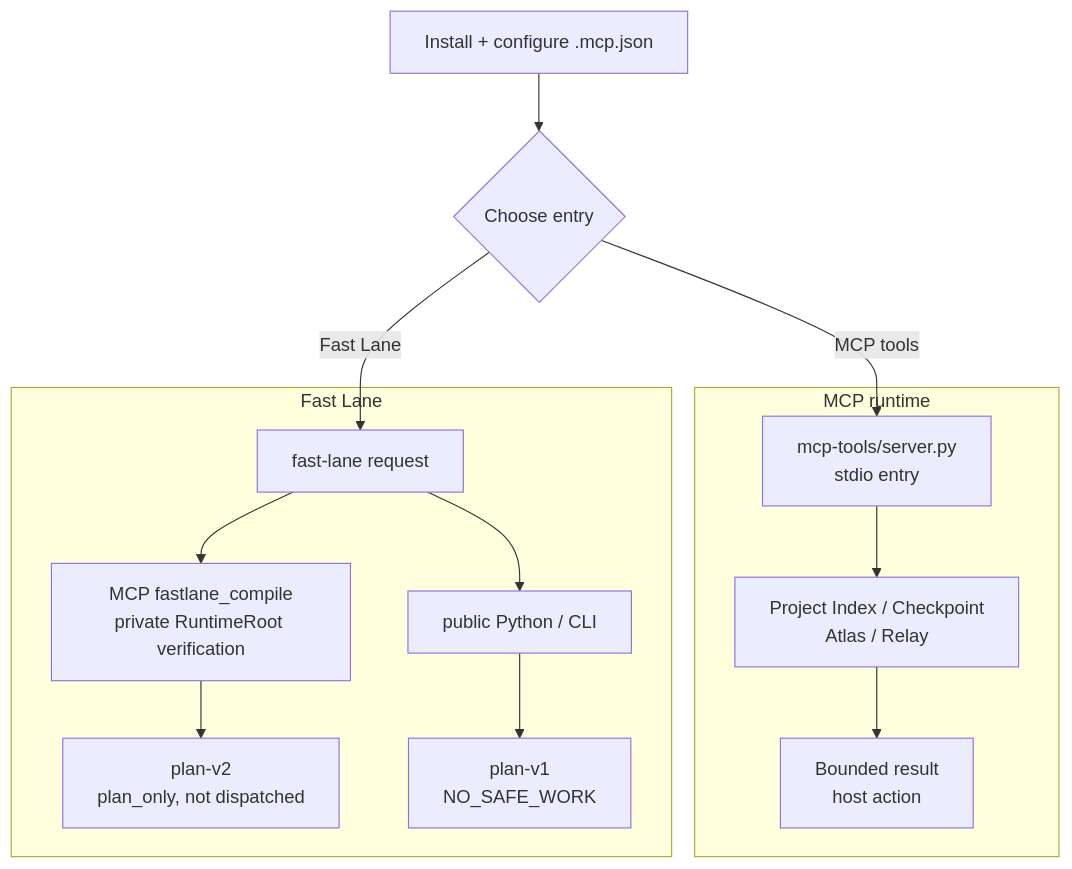
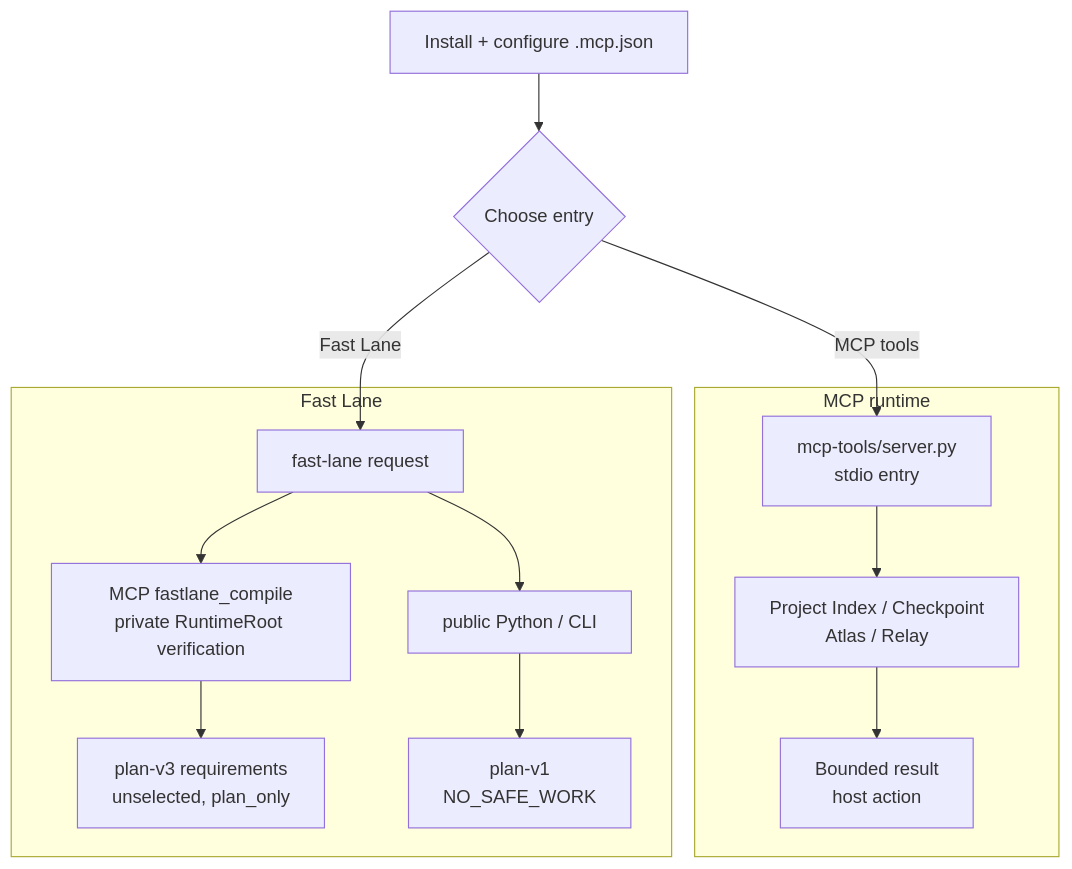
One commit to 2718labs/2718lab-devkit changed the diagram in README.md. Above: the diagram before and after it, drawn with Mermaid. The commit also changed other lines of this file and 13 other files, not shown here.

````diff
--- a/README.md
+++ b/README.md
@@ -93,14 +99,14 @@
 ```mermaid
 flowchart TD
     A["Install + configure .mcp.json"] --> B{"Choose entry"}
     subgraph MCP["MCP runtime"]
         C["mcp-tools/server.py<br/>stdio entry"] --> D["Project Index / Checkpoint<br/>Atlas / Relay"] --> E["Bounded result<br/>host action"]
     end
     subgraph FAST["Fast Lane"]
         F["fast-lane request"] --> G["MCP fastlane_compile<br/>private RuntimeRoot verification"]
-        G --> X["plan-v2<br/>plan_only, not dispatched"]
+        G --> X["plan-v3 requirements<br/>unselected, plan_only"]
         F --> H["public Python / CLI"] --> I["plan-v1<br/>NO_SAFE_WORK"]
     end
     B -->|MCP tools| C
     B -->|Fast Lane| F
 ```
````
